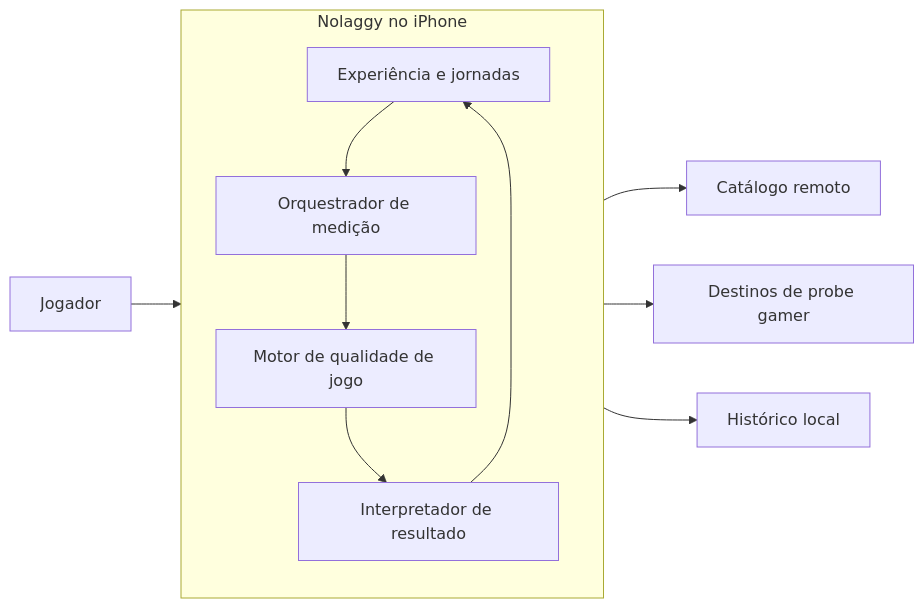
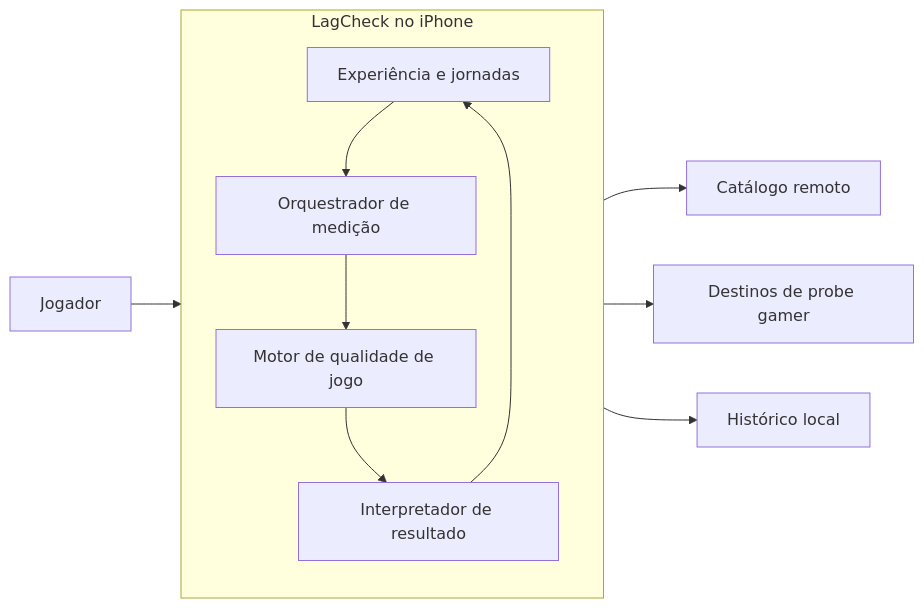
The first of 4 diagrams in docs/02-arquitetura.md (gmmattey/lagcheck), drawn with Mermaid before and after one commit. The commit also changed other lines of this file and 50 other files, not shown here.

Commit message:
feat(brand): adotar nova marca LagCheck e identidade Coral Solar (docs/25)

````diff
--- a/docs/02-arquitetura.md
+++ b/docs/02-arquitetura.md
@@ -17,15 +17,15 @@
 ```mermaid
 flowchart LR
-    U[Jogador] --> A[Nolaggy no iPhone]
+    U[Jogador] --> A[LagCheck no iPhone]
     A --> C[Catálogo remoto]
     A --> P[Destinos de probe gamer]
     A --> H[Histórico local]
 
-    subgraph A[Nolaggy no iPhone]
+    subgraph A[LagCheck no iPhone]
         UI[Experiência e jornadas]
         ORQ[Orquestrador de medição]
         ENG[Motor de qualidade de jogo]
         RES[Interpretador de resultado]
         UI --> ORQ --> ENG --> RES --> UI
     end
 ```
````
